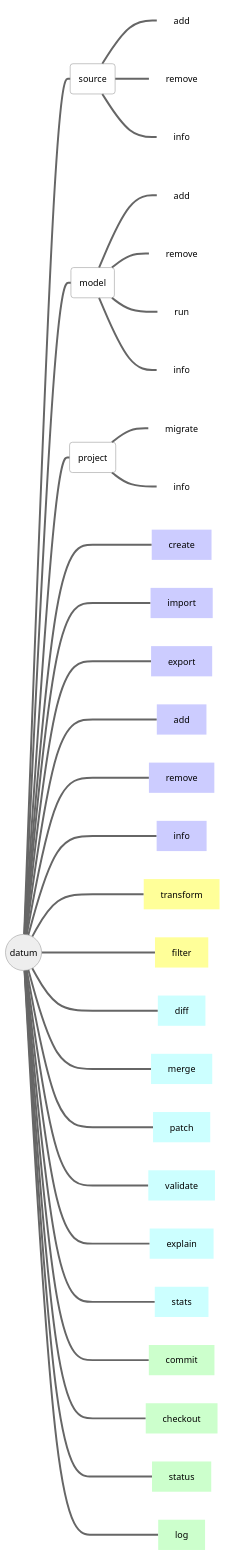
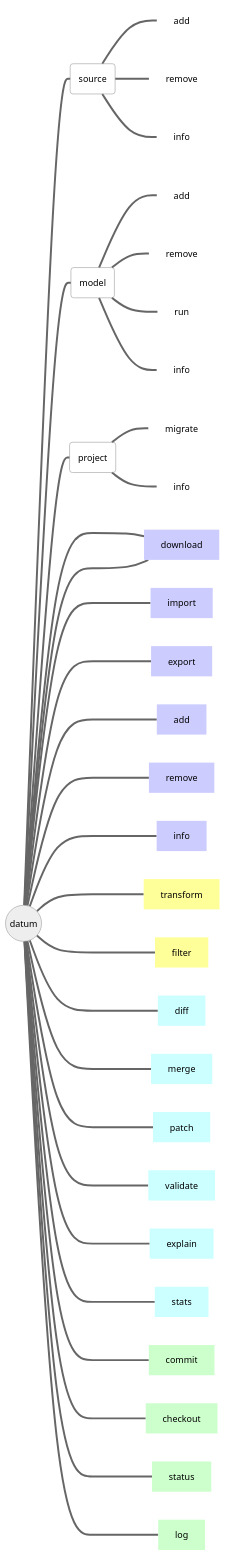
The diagram in site/content/en/docs/user-manual/command-reference/_index.md (openvinotoolkit/datumaro), drawn with Mermaid before and after one commit. The commit also changed 2 other files, not shown here.

Commit message:
Add documentation for the `download` command

````diff
--- a/site/content/en/docs/user-manual/command-reference/_index.md
+++ b/site/content/en/docs/user-manual/command-reference/_index.md
@@ -10,46 +10,47 @@
 ```mermaid
 %%{init { 'theme':'neutral' }}%%
 flowchart LR
   d(("#0009; datum #0009;")):::mainclass
   s(source):::nofillclass
   m(model):::nofillclass
   p(project):::nofillclass
 
   d===s
     s===id1[add]:::hideclass
     s===id2[remove]:::hideclass
     s===id3[info]:::hideclass
   d===m
     m===id4[add]:::hideclass
     m===id5[remove]:::hideclass
     m===id6[run]:::hideclass
     m===id7[info]:::hideclass
   d===p
     p===migrate:::hideclass
     p===info:::hideclass
   d====str1[create]:::filloneclass
+  d====str1[download]:::filloneclass
   d====str2[import]:::filloneclass
   d====str3[export]:::filloneclass
   d====str4[add]:::filloneclass
   d====str5[remove]:::filloneclass
   d====str6[info]:::filloneclass
   d====str7[transform]:::filltwoclass
   d====str8[filter]:::filltwoclass
   d====str9[diff]:::fillthreeclass
   d====str10[merge]:::fillthreeclass
   d====str11[patch]:::fillthreeclass
   d====str12[validate]:::fillthreeclass
   d====str13[explain]:::fillthreeclass
   d====str14[stats]:::fillthreeclass
   d====str15[commit]:::fillfourclass
   d====str16[checkout]:::fillfourclass
   d====str17[status]:::fillfourclass
   d====str18[log]:::fillfourclass
 
   classDef nofillclass fill-opacity:0;
   classDef hideclass fill-opacity:0,stroke-opacity:0;
   classDef filloneclass fill:#CCCCFF,stroke-opacity:0;
   classDef filltwoclass fill:#FFFF99,stroke-opacity:0;
   classDef fillthreeclass fill:#CCFFFF,stroke-opacity:0;
   classDef fillfourclass fill:#CCFFCC,stroke-opacity:0;
 ```
````
